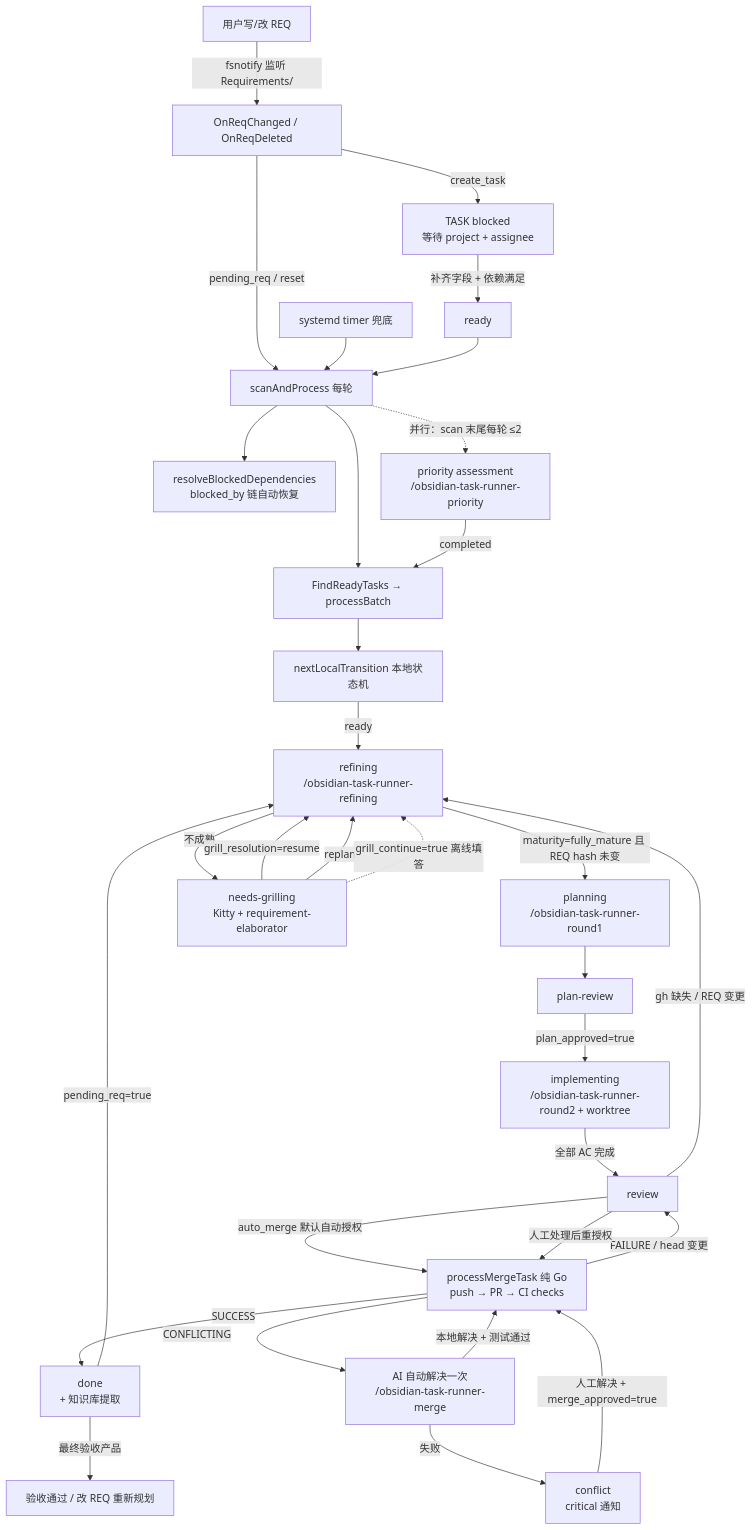
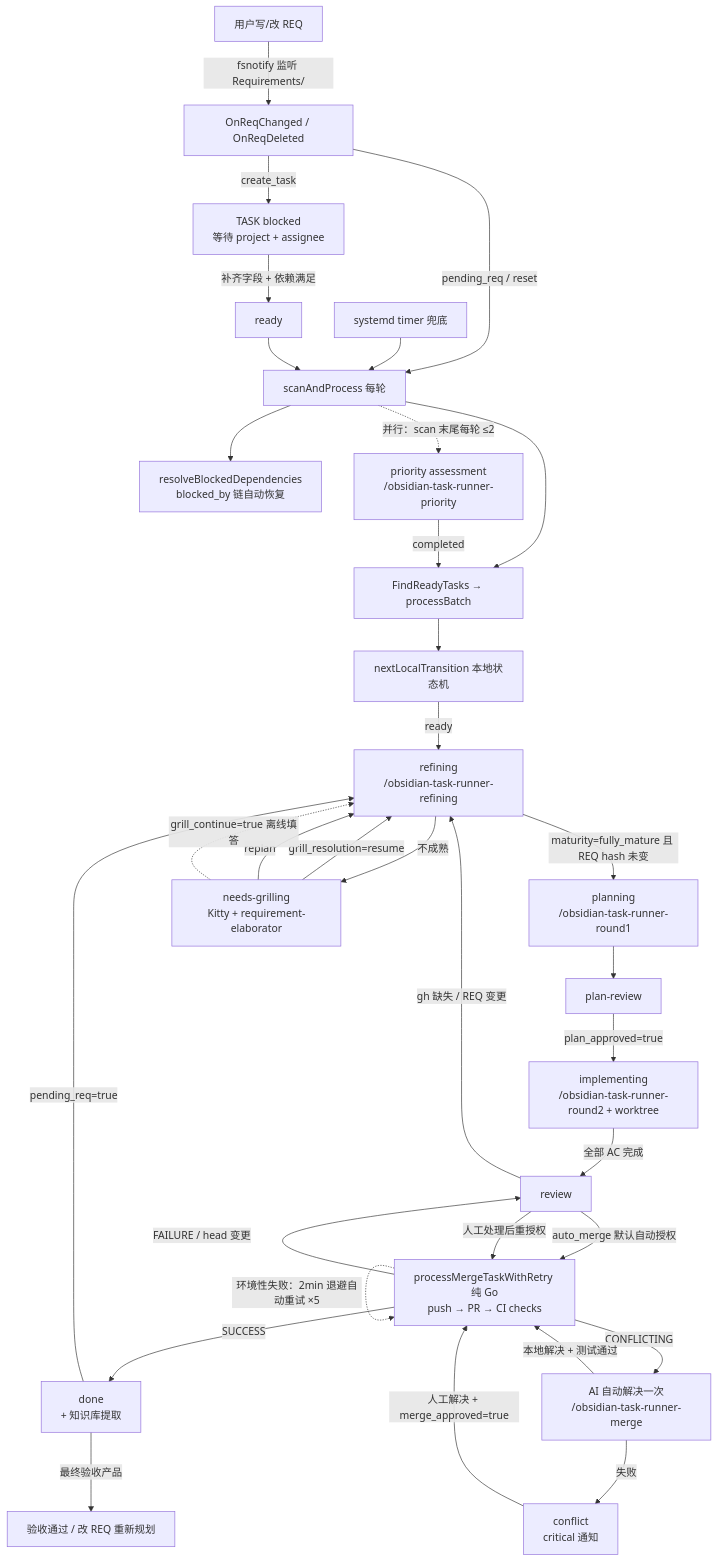
One commit to ndzuki/obsidian-task-runner changed the first of 5 diagrams in docs/workflow.md. Above: the diagram before and after it, drawn with Mermaid. The commit also changed other lines of this file and 9 other files, not shown here.

First line of the commit message:
feat: resilient merge retries, frontmatter schema normalization, async task dispatch

````diff
--- a/docs/workflow.md
+++ b/docs/workflow.md
@@ -13,34 +13,35 @@
 ```mermaid
 flowchart TD
     W[用户写/改 REQ] -->|fsnotify 监听 Requirements/| ONREQ[OnReqChanged / OnReqDeleted]
     ONREQ -->|create_task| TASK[TASK blocked<br/>等待 project + assignee]
     ONREQ -->|pending_req / reset| SCAN
     TIMER[systemd timer 兜底] --> SCAN
     TASK -->|补齐字段 + 依赖满足| READY[ready]
     READY --> SCAN[scanAndProcess 每轮]
     SCAN --> DEP[resolveBlockedDependencies<br/>blocked_by 链自动恢复]
     SCAN --> FR[FindReadyTasks → processBatch]
     FR --> SM[nextLocalTransition 本地状态机]
     SM -->|ready| REFINE[refining<br/>/obsidian-task-runner-refining]
     REFINE -->|maturity=fully_mature 且 REQ hash 未变| PLAN[planning<br/>/obsidian-task-runner-round1]
     REFINE -->|不成熟| GRILL[needs-grilling<br/>Kitty + requirement-elaborator]
     GRILL -->|grill_resolution=resume| REFINE
     GRILL -->|replan| REFINE
     GRILL -.->|grill_continue=true 离线填答| REFINE
     PLAN --> PR[plan-review]
     PR -->|plan_approved=true| R2[implementing<br/>/obsidian-task-runner-round2 + worktree]
     R2 -->|全部 AC 完成| RV[review]
-    RV -->|auto_merge 默认自动授权| MERGE[processMergeTask 纯 Go<br/>push → PR → CI checks]
+    RV -->|auto_merge 默认自动授权| MERGE[processMergeTaskWithRetry 纯 Go<br/>push → PR → CI checks]
     MERGE -->|SUCCESS| DONE[done<br/>+ 知识库提取]
+    MERGE -.->|环境性失败：2min 退避自动重试 ×5| MERGE
     MERGE -->|CONFLICTING| AI[AI 自动解决一次<br/>/obsidian-task-runner-merge]
     AI -->|本地解决 + 测试通过| MERGE
     AI -->|失败| CF[conflict<br/>critical 通知]
     CF -->|人工解决 + merge_approved=true| MERGE
     MERGE -->|FAILURE / head 变更| RV
     RV -->|人工处理后重授权| MERGE
     RV -->|gh 缺失 / REQ 变更| REFINE
     DONE -->|pending_req=true| REFINE
     DONE -->|最终验收产品| ACCEPT[验收通过 / 改 REQ 重新规划]
     SCAN -.->|并行：scan 末尾每轮 ≤2| PA[priority assessment<br/>/obsidian-task-runner-priority]
     PA -->|completed| FR
 ```
````
